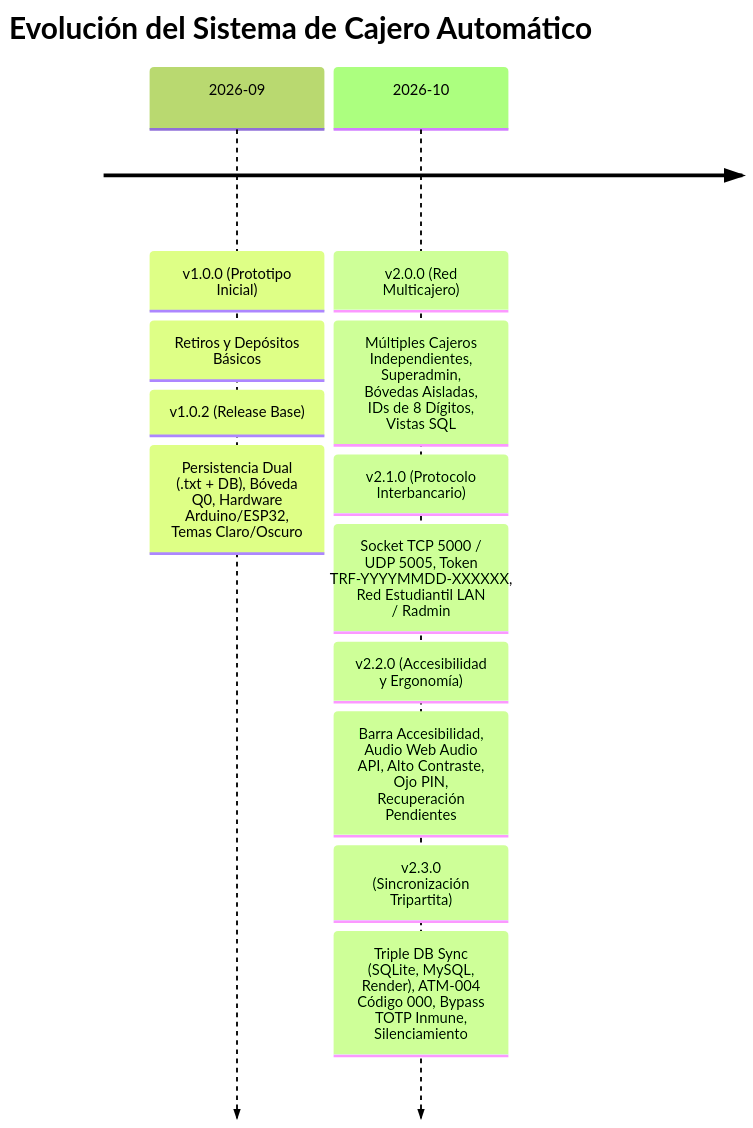
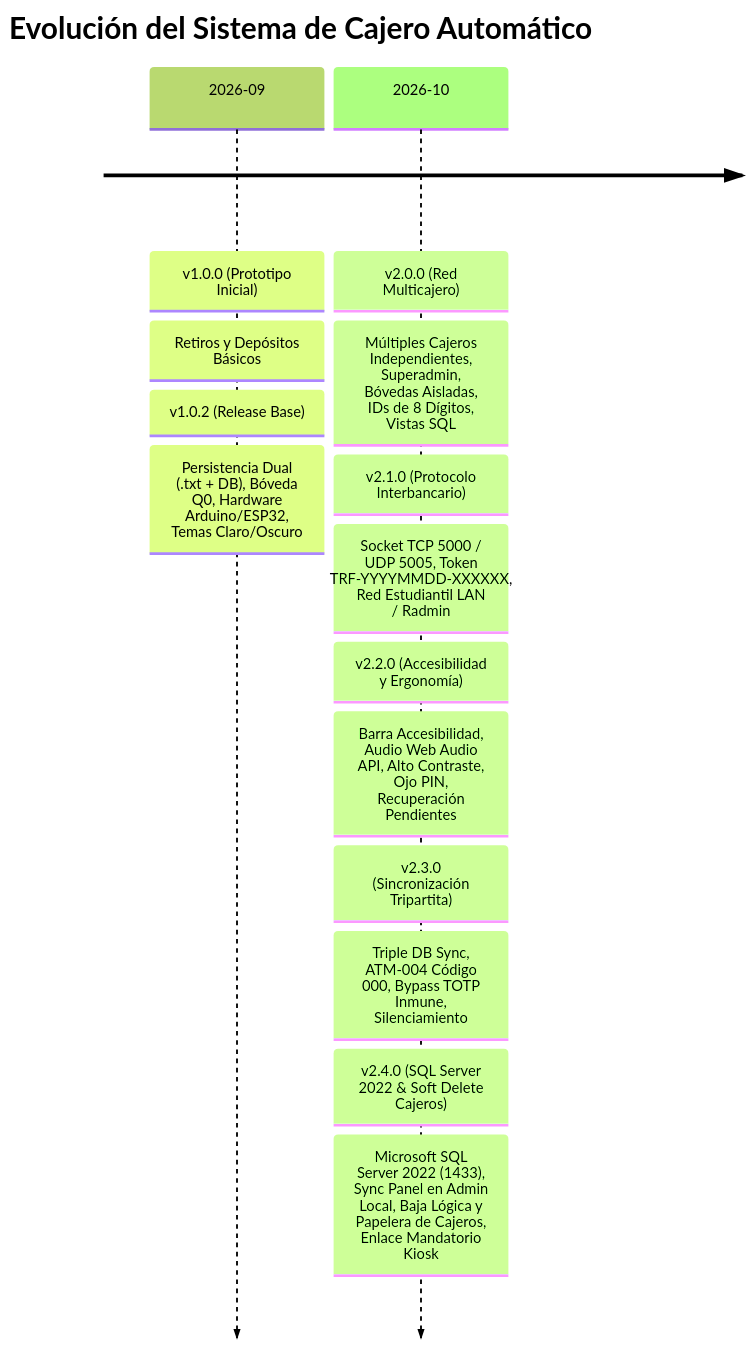
The diagram in docs/HISTORIAL_RELEASES.md (JotaProgra4119r/Sistema-De-Cajero), drawn with Mermaid (forest theme) before and after one commit. The commit also changed other lines of this file and 33 other files, not shown here.

Commit message:
feat: actualizar persistencia a Microsoft SQL Server 2022, panel tripartito en admin local, soft-delete y papelera de cajeros, y forzar arranque de terminal

````diff
--- a/docs/HISTORIAL_RELEASES.md
+++ b/docs/HISTORIAL_RELEASES.md
@@ -12,10 +12,11 @@
 ```mermaid
 timeline
     title Evolución del Sistema de Cajero Automático
     2026-09 : v1.0.0 (Prototipo Inicial) : Retiros y Depósitos Básicos
             : v1.0.2 (Release Base) : Persistencia Dual (.txt + DB), Bóveda Q0, Hardware Arduino/ESP32, Temas Claro/Oscuro
     2026-10 : v2.0.0 (Red Multicajero) : Múltiples Cajeros Independientes, Superadmin, Bóvedas Aisladas, IDs de 8 Dígitos, Vistas SQL
             : v2.1.0 (Protocolo Interbancario) : Socket TCP 5000 / UDP 5005, Token TRF-YYYYMMDD-XXXXXX, Red Estudiantil LAN / Radmin
             : v2.2.0 (Accesibilidad y Ergonomía) : Barra Accesibilidad, Audio Web Audio API, Alto Contraste, Ojo PIN, Recuperación Pendientes
-            : v2.3.0 (Sincronización Tripartita) : Triple DB Sync (SQLite, MySQL, Render), ATM-004 Código 000, Bypass TOTP Inmune, Silenciamiento
+            : v2.3.0 (Sincronización Tripartita) : Triple DB Sync, ATM-004 Código 000, Bypass TOTP Inmune, Silenciamiento
+            : v2.4.0 (SQL Server 2022 & Soft Delete Cajeros) : Microsoft SQL Server 2022 (1433), Sync Panel en Admin Local, Baja Lógica y Papelera de Cajeros, Enlace Mandatorio Kiosk
 ```
````
